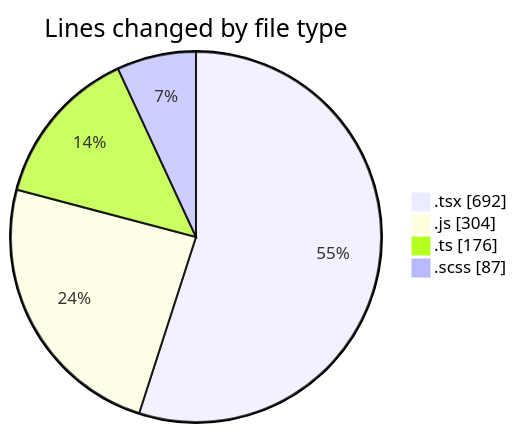
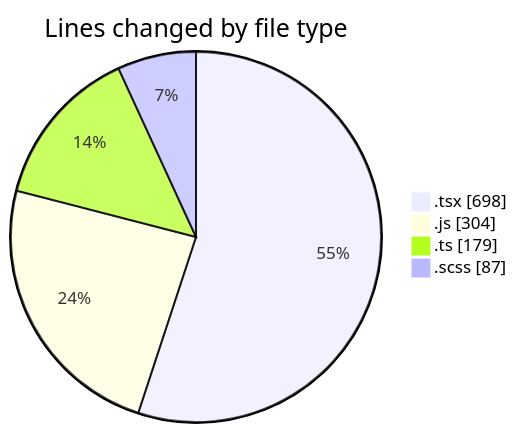
The first of 2 diagrams in 2025-02-26/cda/README.md (momahboobian/code-tracking), drawn with Mermaid before and after one commit. The commit also changed other lines of this file and 1 other file, not shown here.

````diff
--- a/2025-02-26/cda/README.md
+++ b/2025-02-26/cda/README.md
@@ -31,8 +33,8 @@
 ```mermaid
 pie showData
 title Lines changed by file type
-".tsx" : 692
+".tsx" : 698
 ".js" : 304
-".ts" : 176
+".ts" : 179
 ".scss" : 87
 ```
````
